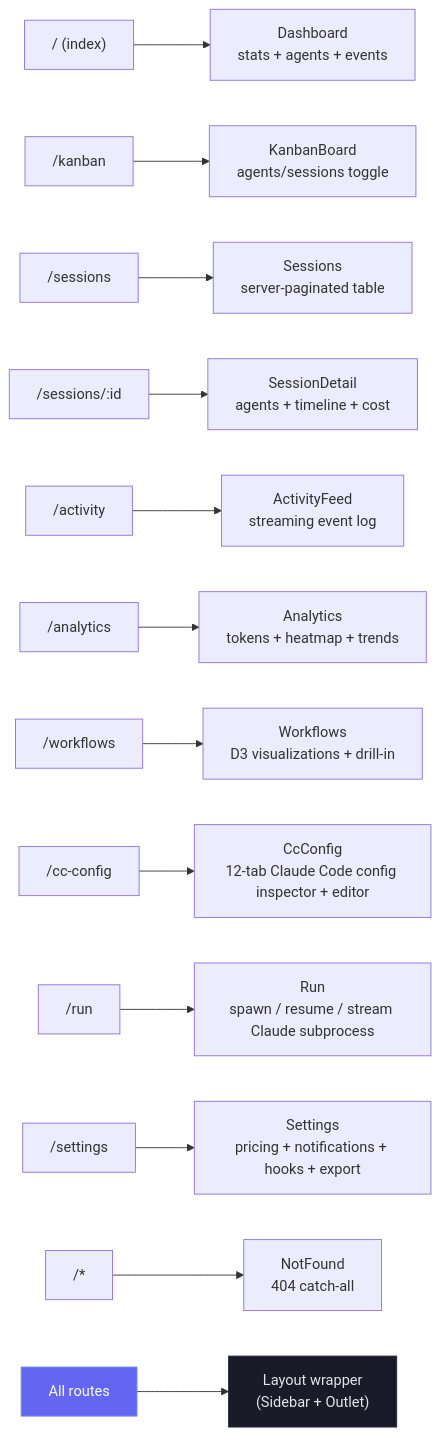
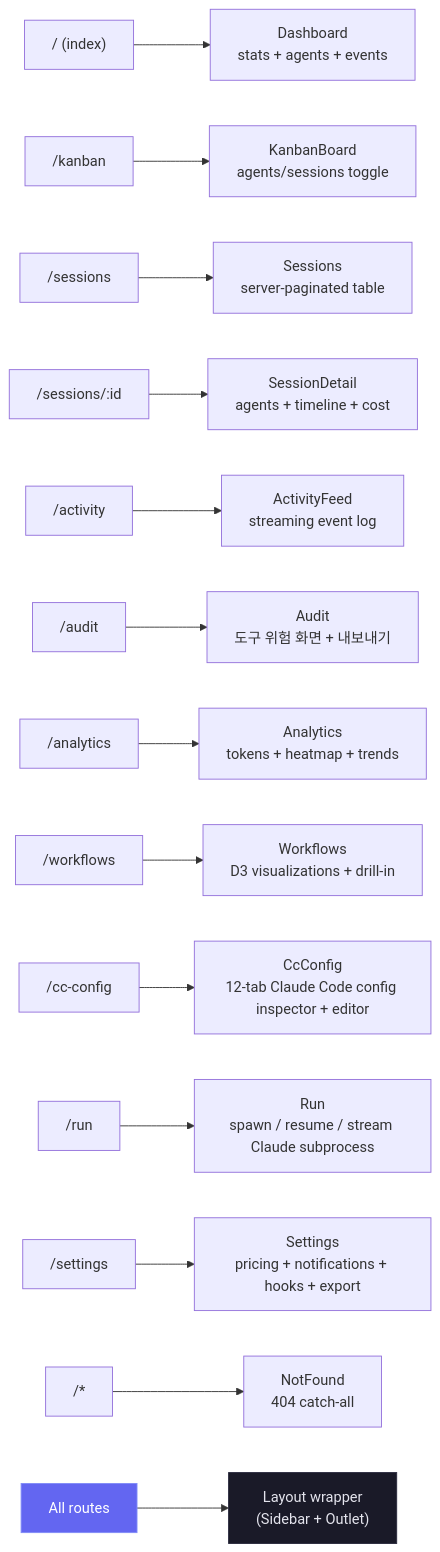
Before and after one commit to hoangsonww/Claude-Code-Agent-Monitor: diagram 18 of 22 in README-KO.md, drawn with Mermaid. The commit also changed other lines of this file and 16 other files, not shown here.

````diff
--- a/README-KO.md
+++ b/README-KO.md
@@ -1974,19 +1988,20 @@
 ```mermaid
 graph LR
     ROOT["/ (index)"] --> DASH["Dashboard<br/>stats + agents + events"]
     K["/kanban"] --> KANBAN["KanbanBoard<br/>agents/sessions toggle"]
     S["/sessions"] --> SESS["Sessions<br/>server-paginated table"]
     D["/sessions/:id"] --> DETAIL["SessionDetail<br/>agents + timeline + cost"]
     A["/activity"] --> ACT["ActivityFeed<br/>streaming event log"]
+    AU["/audit"] --> AUDIT["Audit<br/>도구 위험 화면 + 내보내기"]
     AN["/analytics"] --> ANALYTICS["Analytics<br/>tokens + heatmap + trends"]
     WF["/workflows"] --> WORKFLOWS["Workflows<br/>D3 visualizations + drill-in"]
     CC["/cc-config"] --> CCCONFIG["CcConfig<br/>12-tab Claude Code config inspector + editor"]
     RUN["/run"] --> RUNPAGE["Run<br/>spawn / resume / stream Claude subprocess"]
     ST["/settings"] --> SETTINGS["Settings<br/>pricing + notifications + hooks + export"]
     NF["/*"] --> NOTFOUND["NotFound<br/>404 catch-all"]
 
     ALL["All routes"] --> LAYOUT["Layout wrapper<br/>(Sidebar + Outlet)"]
 
     style ALL fill:#6366f1,stroke:#818cf8,color:#fff
     style LAYOUT fill:#1a1a28,stroke:#2a2a3d,color:#e4e4ed
 ```
````
